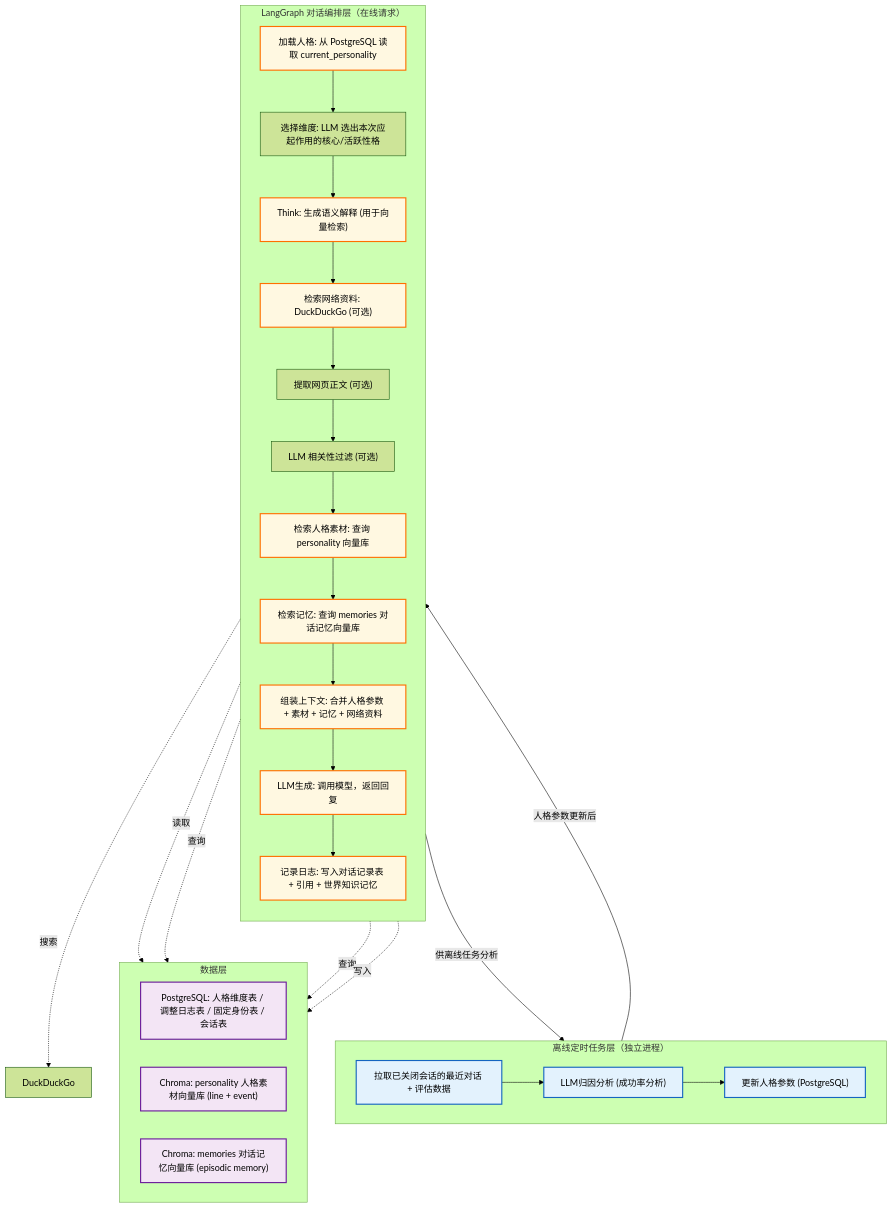
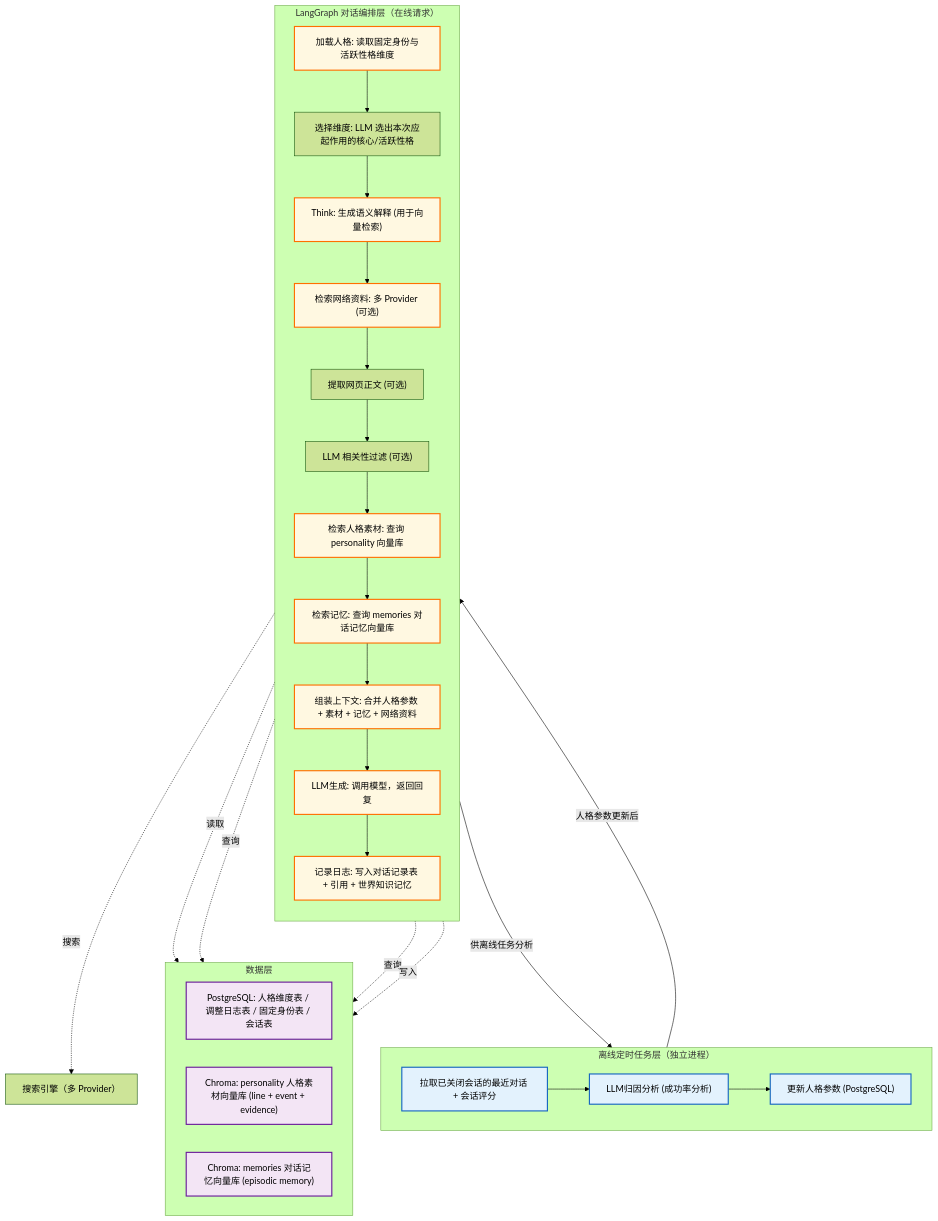
One commit to ianzhang1988/mr.data changed the diagram in README.md. Above: the diagram before and after it, drawn with Mermaid (forest theme). The commit also changed other lines of this file and 8 other files, not shown here.

````diff
--- a/README.md
+++ b/README.md
@@ -15,51 +15,51 @@
 ```mermaid
 flowchart TB
     subgraph Offline["离线定时任务层（独立进程）"]
         direction LR
-        OFF1["拉取已关闭会话的最近对话 + 评估数据"]
+        OFF1["拉取已关闭会话的最近对话 + 会话评分"]
         OFF2["LLM归因分析 (成功率分析)"]
         OFF3["更新人格参数 (PostgreSQL)"]
         OFF1 --> OFF2 --> OFF3
     end
 
     subgraph Online["LangGraph 对话编排层（在线请求）"]
         direction TB
-        ON1["加载人格: 从 PostgreSQL 读取 current_personality"]
+        ON1["加载人格: 读取固定身份与活跃性格维度"]
         ON1b["选择维度: LLM 选出本次应起作用的核心/活跃性格"]
         ON2["Think: 生成语义解释 (用于向量检索)"]
-        ON2b["检索网络资料: DuckDuckGo (可选)"]
+        ON2b["检索网络资料: 多 Provider (可选)"]
         ON2c["提取网页正文 (可选)"]
         ON2d["LLM 相关性过滤 (可选)"]
         ON3["检索人格素材: 查询 personality 向量库"]
         ON4["检索记忆: 查询 memories 对话记忆向量库"]
         ON5["组装上下文: 合并人格参数 + 素材 + 记忆 + 网络资料"]
         ON6["LLM生成: 调用模型，返回回复"]
         ON7["记录日志: 写入对话记录表 + 引用 + 世界知识记忆"]
         ON1 --> ON1b --> ON2
         ON2 --> ON2b --> ON2c --> ON2d --> ON3 --> ON4 --> ON5 --> ON6 --> ON7
     end
 
     subgraph Data["数据层"]
         direction LR
         DB1["PostgreSQL: 人格维度表 / 调整日志表 / 固定身份表 / 会话表"]
-        DB2["Chroma: personality 人格素材向量库 (line + event)"]
+        DB2["Chroma: personality 人格素材向量库 (line + event + evidence)"]
         DB3["Chroma: memories 对话记忆向量库 (episodic memory)"]
     end
 
     OFF3 -->|"人格参数更新后"| ON1
     ON7 -->|"供离线任务分析"| OFF1
 
     ON1 -.->|"读取"| DB1
-    ON2b -.->|"搜索"| WEB["DuckDuckGo"]
+    ON2b -.->|"搜索"| WEB["搜索引擎（多 Provider）"]
     ON3 -.->|"查询"| DB2
     ON4 -.->|"查询"| DB3
     ON7 -.->|"写入"| DB1
 
     classDef offline fill:#e3f2fd,stroke:#1565c0,stroke-width:2px
     classDef online fill:#fff8e1,stroke:#ff6f00,stroke-width:2px
     classDef data fill:#f3e5f5,stroke:#6a1b9a,stroke-width:2px
 
     class OFF1,OFF2,OFF3 offline
     class ON1,ON2,ON2b,ON3,ON4,ON5,ON6,ON7 online
     class DB1,DB2,DB3 data
 ```
````
